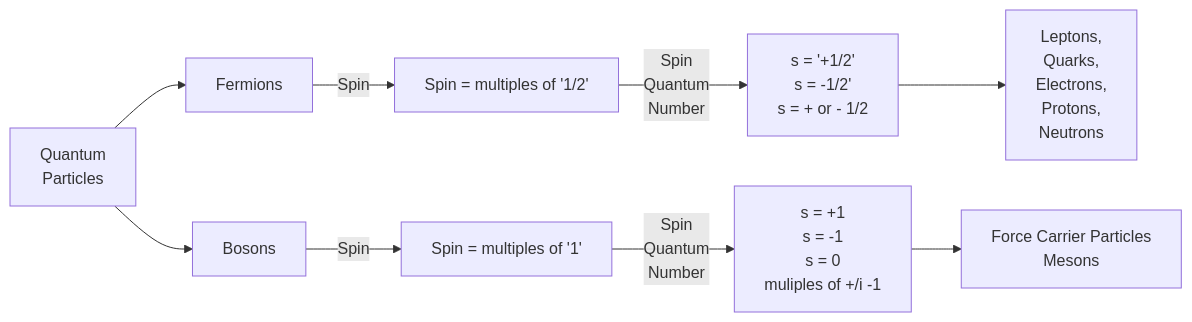
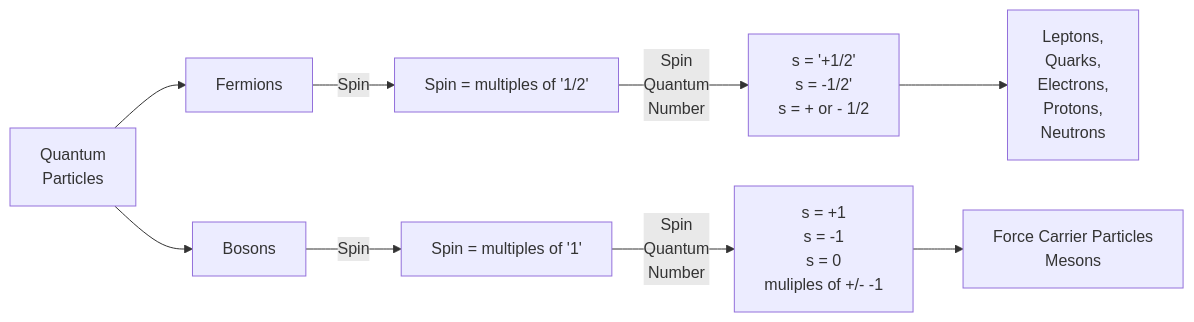
Before and after one commit to m0ham3dx/mx-Quantum-Computing-Primer: the third of 4 diagrams in README.md, drawn with Mermaid.

````diff
--- a/README.md
+++ b/README.md
@@ -335,17 +335,17 @@
 ```mermaid
 flowchart LR
     A[Quantum<br>Particles] --> A1[Fermions]
     A --> A2[Bosons]
 
     %% Spin
     A1 --> |Spin|A11[Spin = multiples of '1/2']
     A2 --> |Spin|A21[Spin = multiples of '1']
 
     %% Spin Number
     A11 --> |Spin<br>Quantum<br>Number| A111[s = '+1/2' <br> s = -1/2'<br> s = + or - 1/2]
-    A21 --> |Spin<br>Quantum<br>Number| A211[s = +1 <br> s = -1 <br> s = 0 <br> muliples of +/i -1]
+    A21 --> |Spin<br>Quantum<br>Number| A211[s = +1 <br> s = -1 <br> s = 0 <br> muliples of +/- -1]
 
     %% Box Examples
     A111 --> a1x[Leptons, <br> Quarks, <br> Electrons, <br> Protons, <br> Neutrons]
     A211 --> a2x[Force Carrier Particles <br> Mesons]
 ```
````
